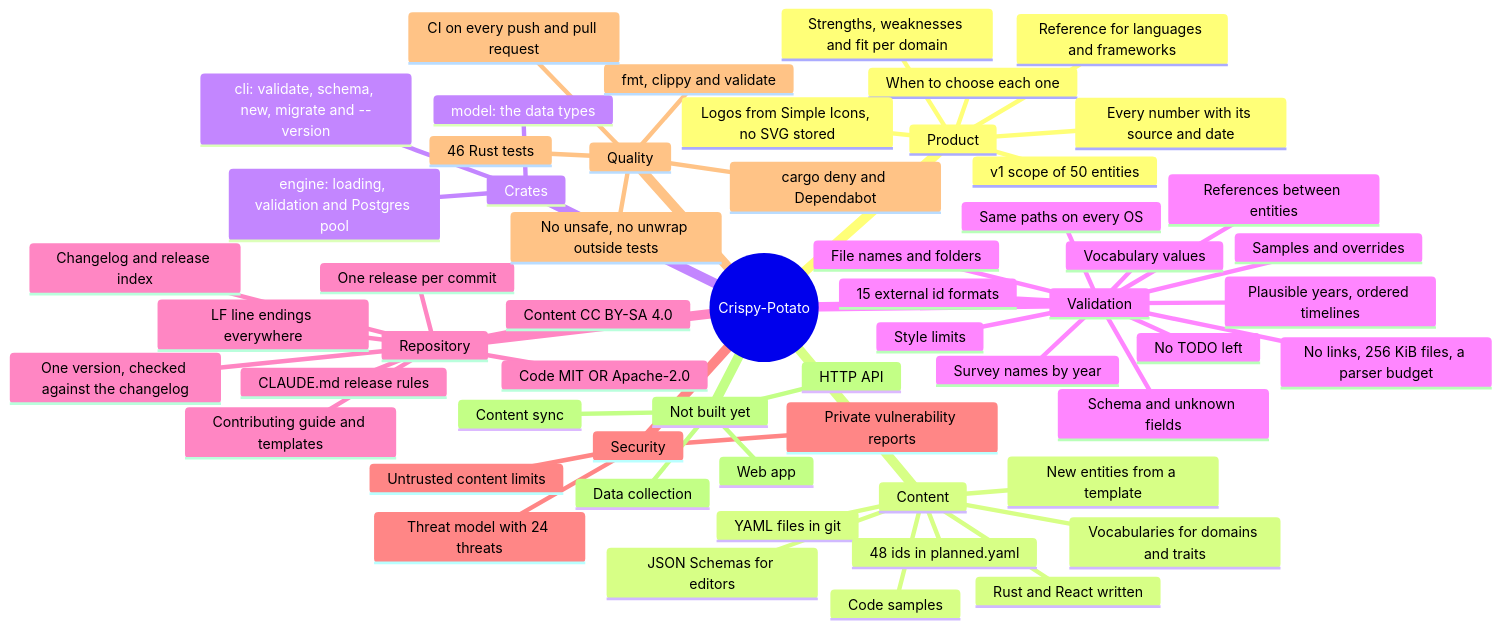
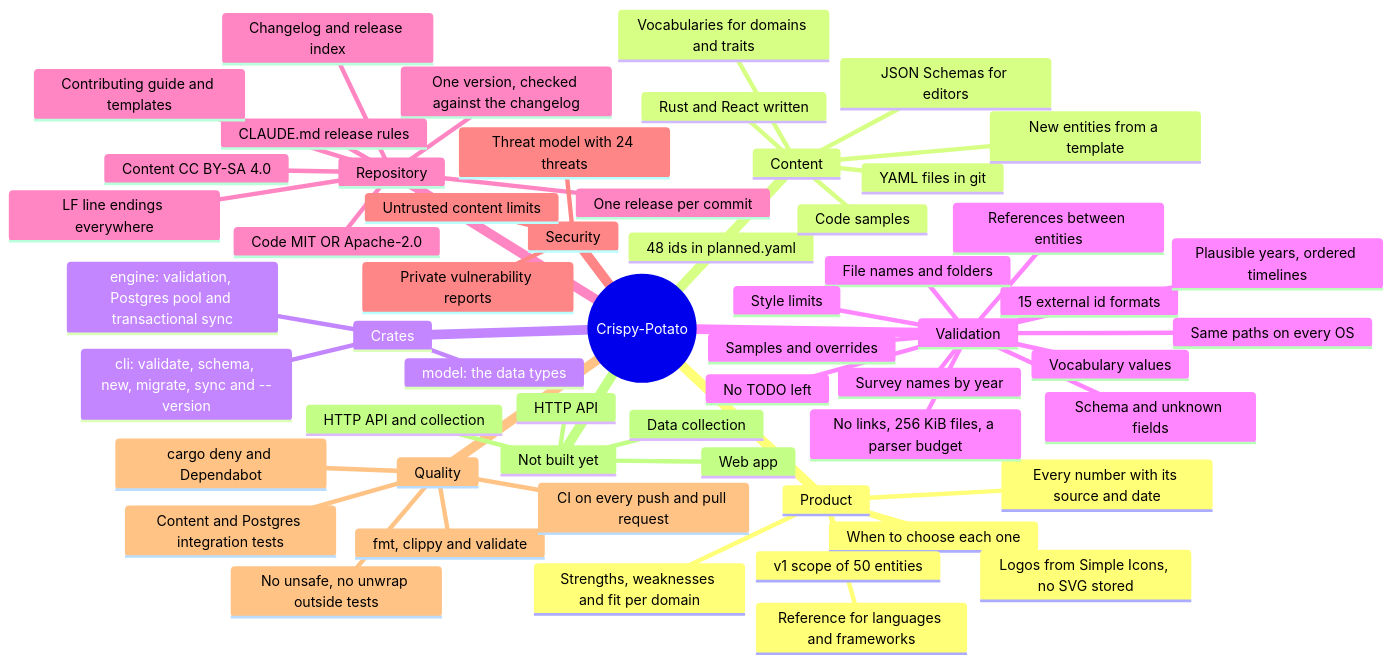
One commit to winksen/Crispy-Potato changed the first of 2 diagrams in docs/MINDMAP.md. Above: the diagram before and after it, drawn with Mermaid. The commit also changed other lines of this file and 11 other files, not shown here.

````diff
--- a/docs/MINDMAP.md
+++ b/docs/MINDMAP.md
@@ -11,60 +11,60 @@
 ```mermaid
 mindmap
   root((Crispy-Potato))
     Product
       Reference for languages and frameworks
       Strengths, weaknesses and fit per domain
       When to choose each one
       Every number with its source and date
       Logos from Simple Icons, no SVG stored
       v1 scope of 50 entities
     Content
       YAML files in git
       JSON Schemas for editors
       New entities from a template
       Rust and React written
       48 ids in planned.yaml
       Vocabularies for domains and traits
       Code samples
     Crates
       model: the data types
-      engine: loading, validation and Postgres pool
-      cli: validate, schema, new, migrate and --version
+      engine: validation, Postgres pool and transactional sync
+      cli: validate, schema, new, migrate, sync and --version
     Validation
       Schema and unknown fields
       15 external id formats
       Survey names by year
       Plausible years, ordered timelines
       File names and folders
       Vocabulary values
       References between entities
       Style limits
       Samples and overrides
       Same paths on every OS
       No links, 256 KiB files, a parser budget
       No TODO left
     Repository
       Code MIT OR Apache-2.0
       Content CC BY-SA 4.0
       One release per commit
       One version, checked against the changelog
       Changelog and release index
       CLAUDE.md release rules
       Contributing guide and templates
       LF line endings everywhere
     Security
       Threat model with 24 threats
       Untrusted content limits
       Private vulnerability reports
     Quality
-      46 Rust tests
+      Content and Postgres integration tests
       fmt, clippy and validate
       No unsafe, no unwrap outside tests
       CI on every push and pull request
       cargo deny and Dependabot
     Not built yet
-      Content sync
+      HTTP API and collection
       Data collection
       HTTP API
       Web app
 ```
````
